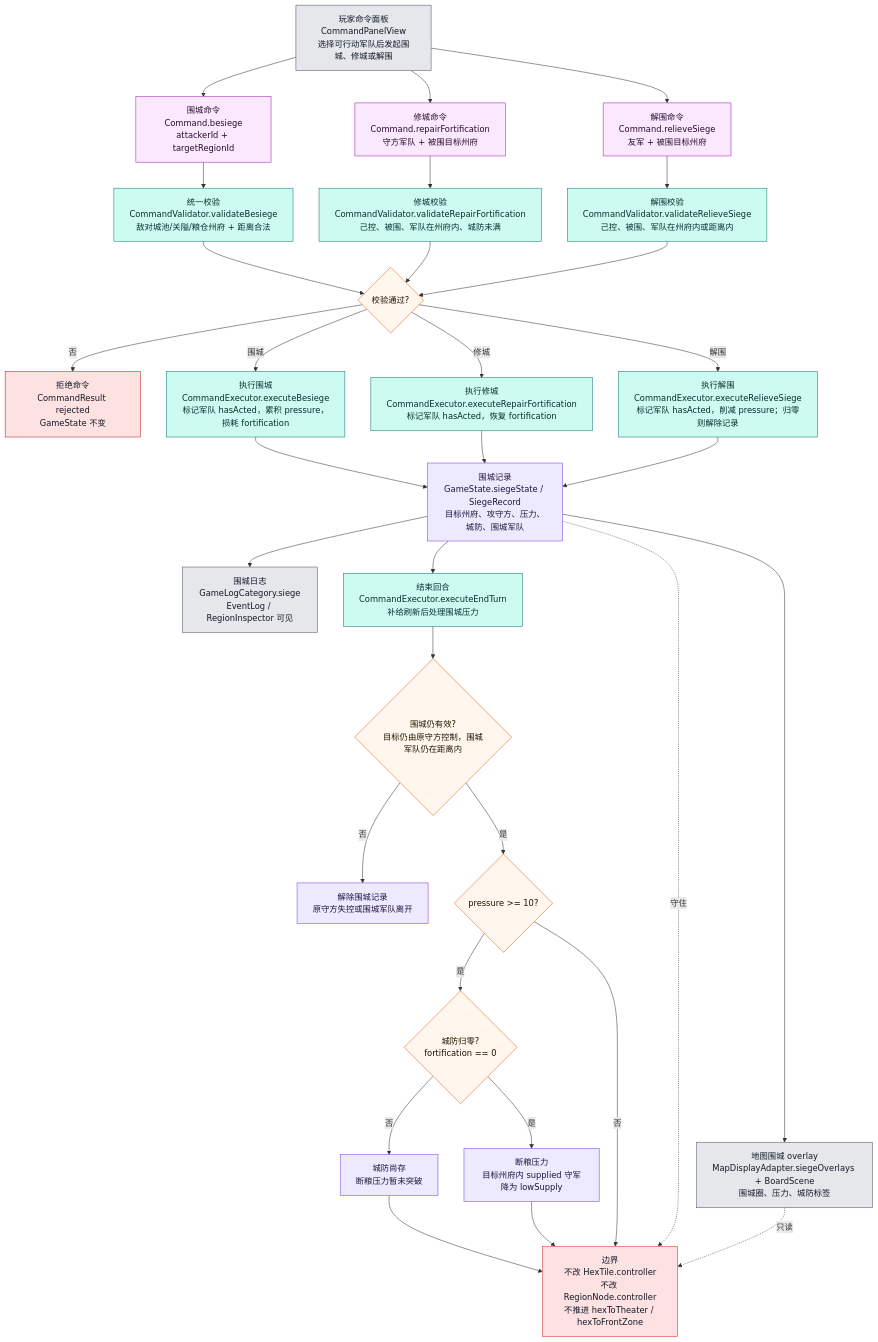
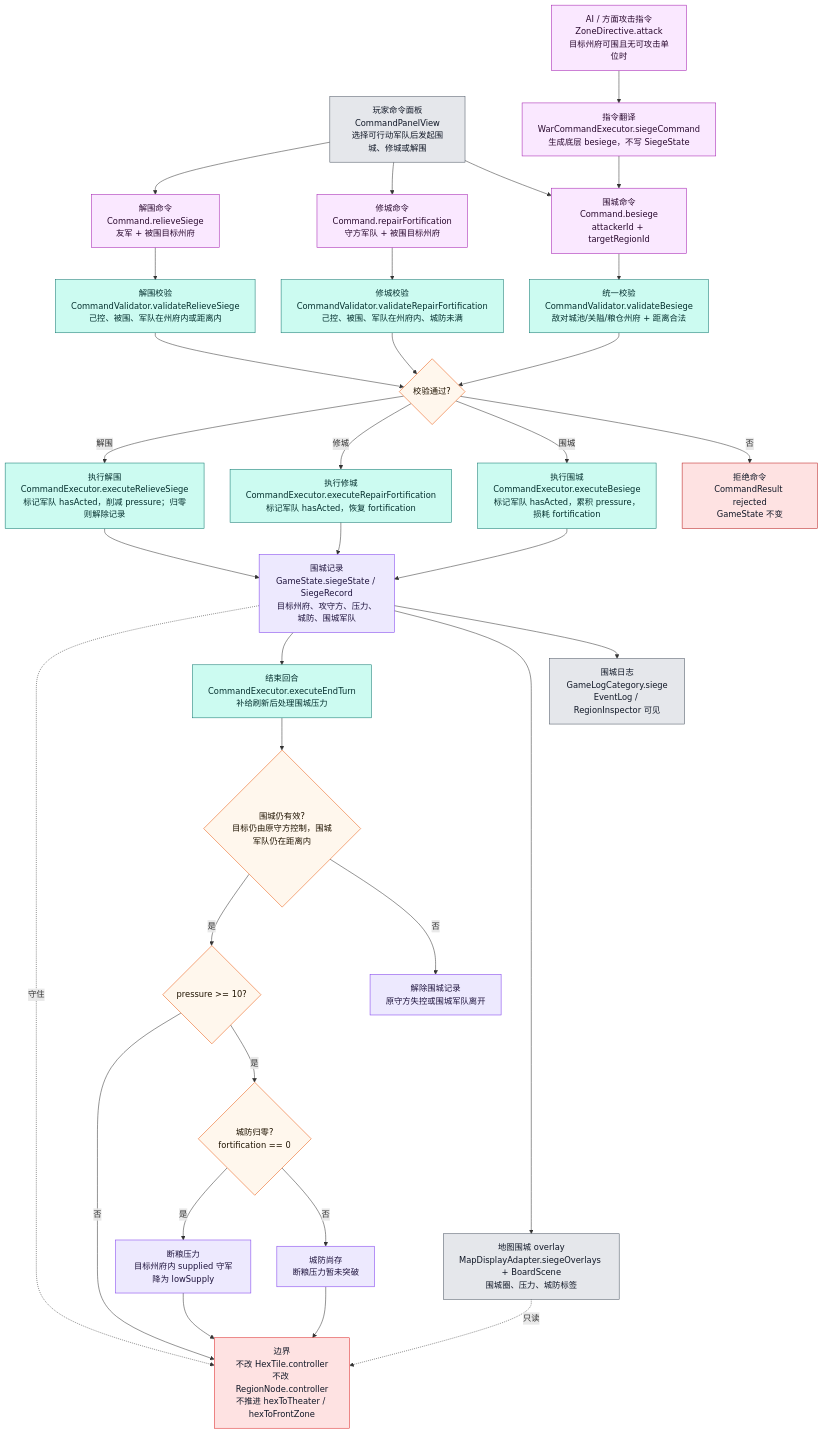
Before and after one commit to Altman-sam114/125: the sixth of 12 diagrams in md/flow/flowchart.md, drawn with Mermaid. The commit also changed other lines of this file and 6 other files, not shown here.

````diff
--- a/md/flow/flowchart.md
+++ b/md/flow/flowchart.md
@@ -290,52 +290,55 @@
 ```mermaid
 flowchart TD
     UI["玩家命令面板<br/>CommandPanelView<br/>选择可行动军队后发起围城、修城或解围"]:::ui
+    AI["AI / 方面攻击指令<br/>ZoneDirective.attack<br/>目标州府可围且无可攻击单位时"]:::command
+    WCE["指令翻译<br/>WarCommandExecutor.siegeCommand<br/>生成底层 besiege，不写 SiegeState"]:::command
     CMD["围城命令<br/>Command.besiege<br/>attackerId + targetRegionId"]:::command
     VALID["统一校验<br/>CommandValidator.validateBesiege<br/>敌对城池/关隘/粮仓州府 + 距离合法"]:::rules
     REPAIR["修城命令<br/>Command.repairFortification<br/>守方军队 + 被围目标州府"]:::command
     RVALID["修城校验<br/>CommandValidator.validateRepairFortification<br/>己控、被围、军队在州府内、城防未满"]:::rules
     RELIEVE["解围命令<br/>Command.relieveSiege<br/>友军 + 被围目标州府"]:::command
     LVALID["解围校验<br/>CommandValidator.validateRelieveSiege<br/>己控、被围、军队在州府内或距离内"]:::rules
     PASS{"校验通过?"}:::decision
     REJECT["拒绝命令<br/>CommandResult rejected<br/>GameState 不变"]:::stop
     EXEC["执行围城<br/>CommandExecutor.executeBesiege<br/>标记军队 hasActed，累积 pressure，损耗 fortification"]:::rules
     REXEC["执行修城<br/>CommandExecutor.executeRepairFortification<br/>标记军队 hasActed，恢复 fortification"]:::rules
     LEXEC["执行解围<br/>CommandExecutor.executeRelieveSiege<br/>标记军队 hasActed，削减 pressure；归零则解除记录"]:::rules
     STATE["围城记录<br/>GameState.siegeState / SiegeRecord<br/>目标州府、攻守方、压力、城防、围城军队"]:::state
     DISPLAY["地图围城 overlay<br/>MapDisplayAdapter.siegeOverlays + BoardScene<br/>围城圈、压力、城防标签"]:::ui
     LOG["围城日志<br/>GameLogCategory.siege<br/>EventLog / RegionInspector 可见"]:::ui
     END["结束回合<br/>CommandExecutor.executeEndTurn<br/>补给刷新后处理围城压力"]:::rules
     HOLD{"围城仍有效?<br/>目标仍由原守方控制，围城军队仍在距离内"}:::decision
     LIFT["解除围城记录<br/>原守方失控或围城军队离开"]:::state
     PRESS{"pressure >= 10?"}:::decision
     WALL{"城防归零?<br/>fortification == 0"}:::decision
     BLOCK["城防尚存<br/>断粮压力暂未突破"]:::state
     LOW["断粮压力<br/>目标州府内 supplied 守军降为 lowSupply"]:::state
     HEX["边界<br/>不改 HexTile.controller<br/>不改 RegionNode.controller<br/>不推进 hexToTheater / hexToFrontZone"]:::authority
 
     UI --> CMD --> VALID --> PASS
+    AI --> WCE --> CMD
     UI --> REPAIR --> RVALID --> PASS
     UI --> RELIEVE --> LVALID --> PASS
     PASS -->|否| REJECT
     PASS -->|围城| EXEC --> STATE --> LOG
     PASS -->|修城| REXEC --> STATE
     PASS -->|解围| LEXEC --> STATE
     STATE --> DISPLAY
     STATE --> END --> HOLD
     HOLD -->|否| LIFT
     HOLD -->|是| PRESS
     PRESS -->|是| WALL
     WALL -->|否| BLOCK --> HEX
     WALL -->|是| LOW --> HEX
     PRESS -->|否| HEX
     STATE -.守住.-> HEX
     DISPLAY -.只读.-> HEX
 
     classDef ui fill:#e5e7eb,stroke:#4b5563,color:#111827
     classDef command fill:#fae8ff,stroke:#a21caf,color:#2a0a2f
     classDef rules fill:#ccfbf1,stroke:#0f766e,color:#042f2e
     classDef decision fill:#fff7ed,stroke:#ea580c,color:#1f1300
     classDef stop fill:#fee2e2,stroke:#b91c1c,color:#111827
     classDef state fill:#ede9fe,stroke:#7c3aed,color:#1f143d
     classDef authority fill:#fee2e2,stroke:#dc2626,color:#111827
 ```
````
